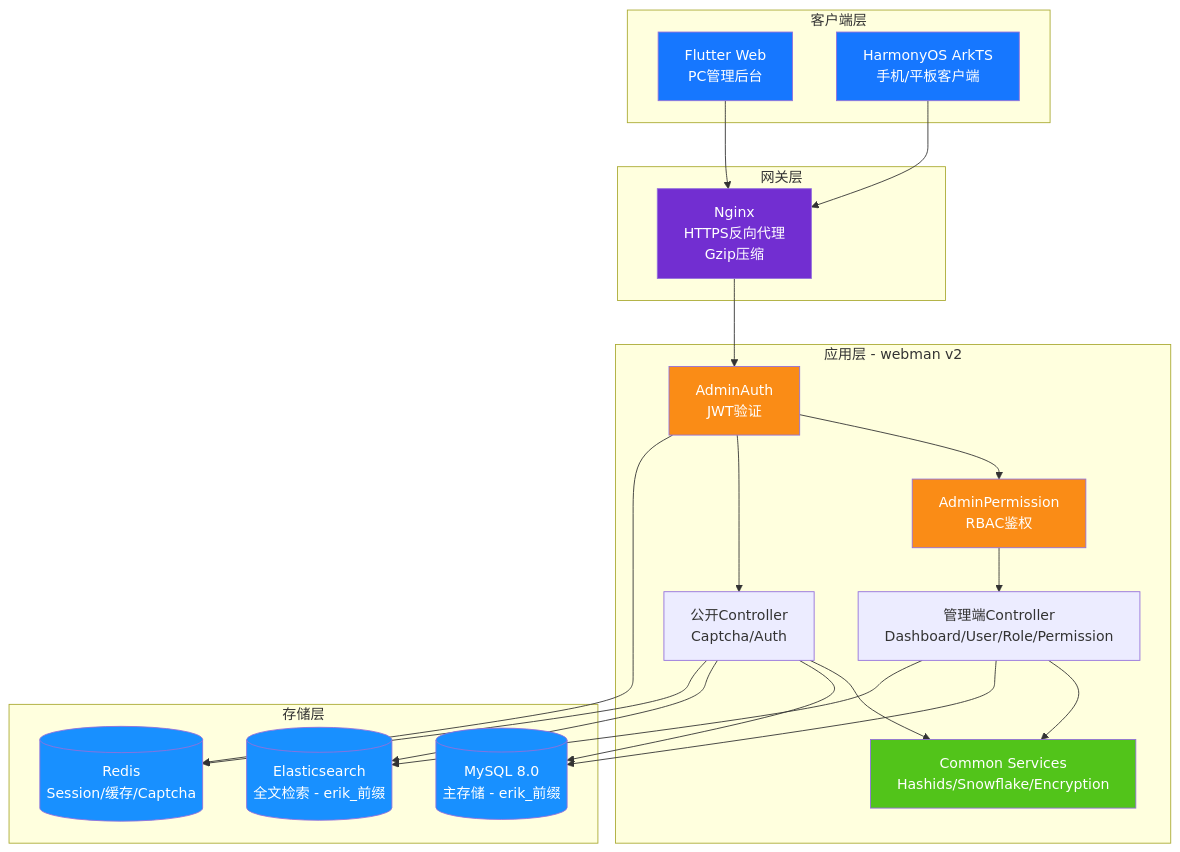
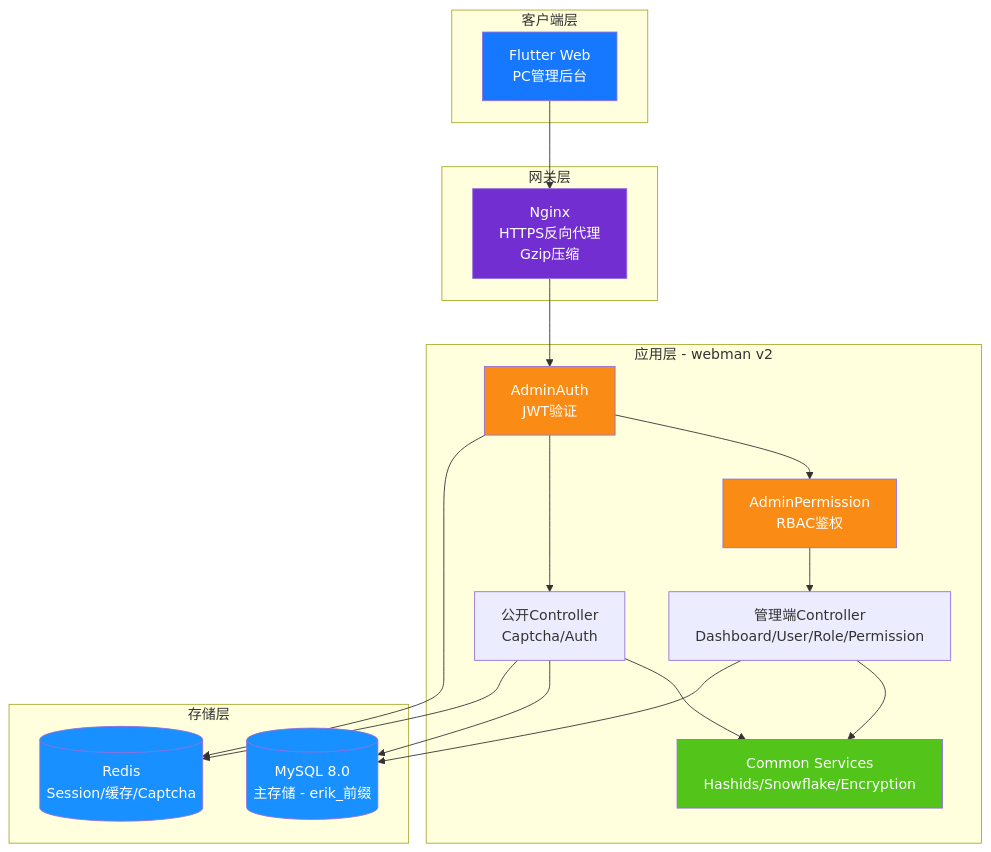
Before and after one commit to erikwang2013/social: the diagram in admin/docs/diagrams/01-system-architecture.md, drawn with Mermaid. The commit also changed 315 other files, not shown here.

Commit message:
文档：仅保留中英文 README，清理已移除功能与过时图片

````diff
--- a/admin/docs/diagrams/01-system-architecture.md
+++ b/admin/docs/diagrams/01-system-architecture.md
@@ -3,50 +3,43 @@
 ```mermaid
 flowchart TB
     subgraph clients["客户端层"]
         flutter["Flutter Web<br/>PC管理后台"]
-        harmony["HarmonyOS ArkTS<br/>手机/平板客户端"]
     end
 
     subgraph gateway["网关层"]
         nginx["Nginx<br/>HTTPS反向代理<br/>Gzip压缩"]
     end
 
     subgraph app["应用层 - webman v2"]
         auth["AdminAuth<br/>JWT验证"]
         perm["AdminPermission<br/>RBAC鉴权"]
         admin["管理端Controller<br/>Dashboard/User/Role/Permission"]
         public["公开Controller<br/>Captcha/Auth"]
         common["Common Services<br/>Hashids/Snowflake/Encryption"]
     end
 
     subgraph storage["存储层"]
         mysql[("MySQL 8.0<br/>主存储 - erik_前缀")]
-        es[("Elasticsearch<br/>全文检索 - erik_前缀")]
         redis[("Redis<br/>Session/缓存/Captcha")]
     end
 
     flutter --> nginx
-    harmony --> nginx
     nginx --> auth
     auth --> perm
     perm --> admin
     auth --> public
     admin --> common
     public --> common
     admin --> mysql
     public --> mysql
-    admin --> es
-    public --> es
     auth --> redis
     public --> redis
 
     style flutter fill:#1677FF,color:#fff
-    style harmony fill:#1677FF,color:#fff
     style nginx fill:#722ED1,color:#fff
     style auth fill:#FA8C16,color:#fff
     style perm fill:#FA8C16,color:#fff
     style common fill:#52C41A,color:#fff
     style mysql fill:#1890FF,color:#fff
-    style es fill:#1890FF,color:#fff
     style redis fill:#1890FF,color:#fff
 ```
````
